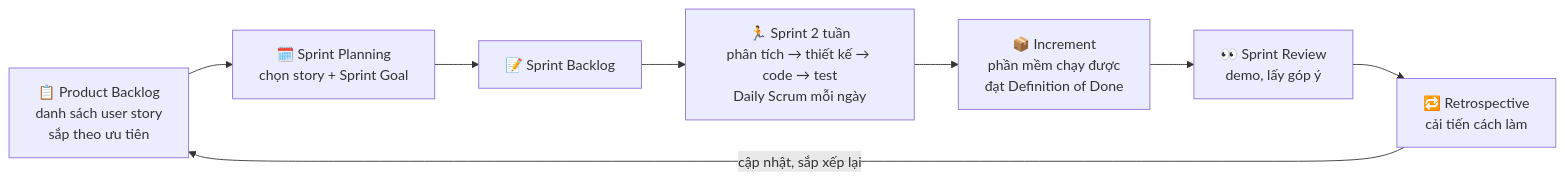
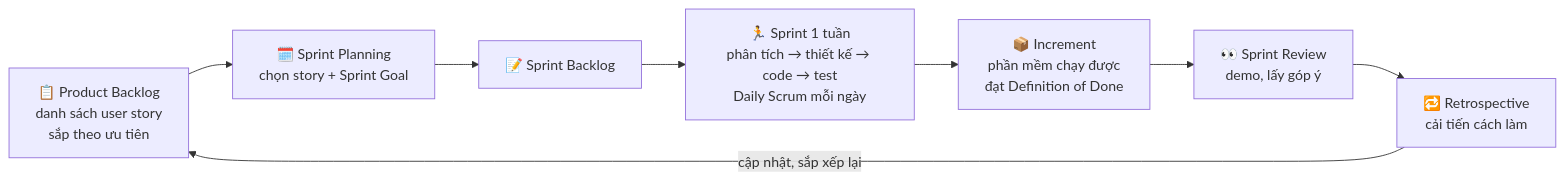
The first of 3 diagrams in docs/00a_QuyTrinhAgile.md (quangphuoc73/Phan_Mem_Quan_Ly_Test_Cases), drawn with Mermaid before and after one commit. The commit also changed other lines of this file and 15 other files, not shown here.

````diff
--- a/docs/00a_QuyTrinhAgile.md
+++ b/docs/00a_QuyTrinhAgile.md
@@ -27,10 +27,10 @@
 ```mermaid
 flowchart LR
     PB["📋 Product Backlog<br/>danh sách user story<br/>sắp theo ưu tiên"] --> SP["🗓️ Sprint Planning<br/>chọn story + Sprint Goal"]
     SP --> SB["📝 Sprint Backlog"]
-    SB --> S["🏃 Sprint 2 tuần<br/>phân tích → thiết kế → code → test<br/>Daily Scrum mỗi ngày"]
+    SB --> S["🏃 Sprint 1 tuần<br/>phân tích → thiết kế → code → test<br/>Daily Scrum mỗi ngày"]
     S --> INC["📦 Increment<br/>phần mềm chạy được<br/>đạt Definition of Done"]
     INC --> RV["👀 Sprint Review<br/>demo, lấy góp ý"]
     RV --> RT["🔁 Retrospective<br/>cải tiến cách làm"]
     RT -->|cập nhật, sắp xếp lại| PB
 ```
````
